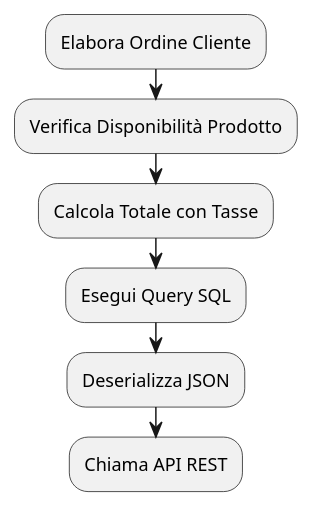
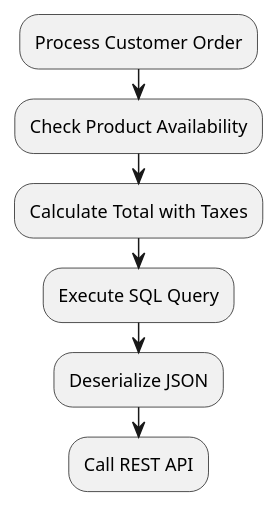
Before and after one commit to Seniorsimo/sas-template: diagram 15 of 25 in 03-behavioral-diagrams/activity-diagrams/README.md, drawn with PlantUML. The commit also changed other lines of this file and 49 other files, not shown here.

````diff
--- a/03-behavioral-diagrams/activity-diagrams/README.md
+++ b/03-behavioral-diagrams/activity-diagrams/README.md
@@ -232,11 +232,11 @@
 ```plantuml
-' ✅ Livello business process
-:Elabora Ordine Cliente;
-:Verifica Disponibilità Prodotto;
-:Calcola Totale con Tasse;
+' ✅ Business process level
+:Process Customer Order;
+:Check Product Availability;
+:Calculate Total with Taxes;
 
-' ❌ Troppo tecnico
-:Esegui Query SQL;
-:Deserializza JSON;
-:Chiama API REST;
+' ❌ Too technical
+:Execute SQL Query;
+:Deserialize JSON;
+:Call REST API;
 ```
````
